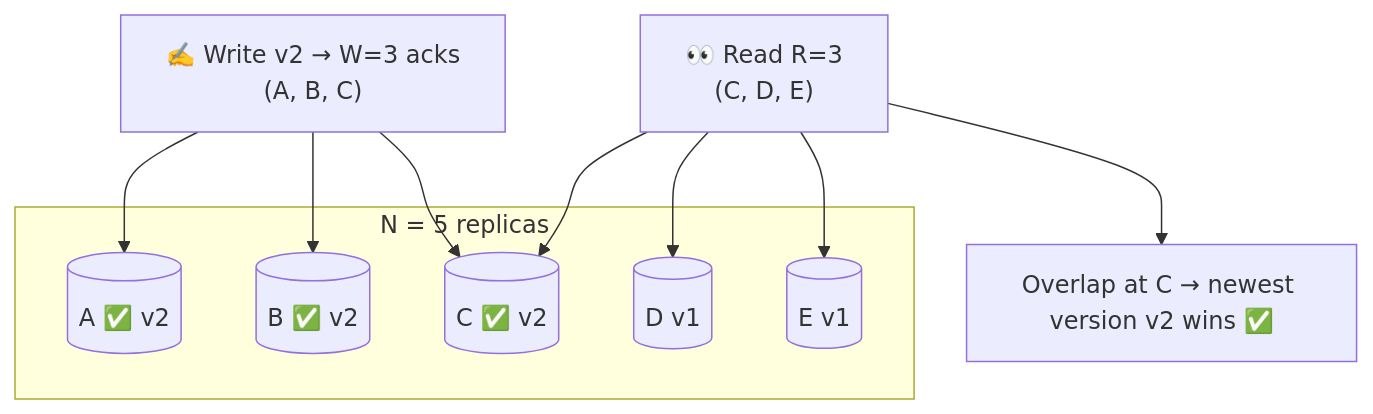
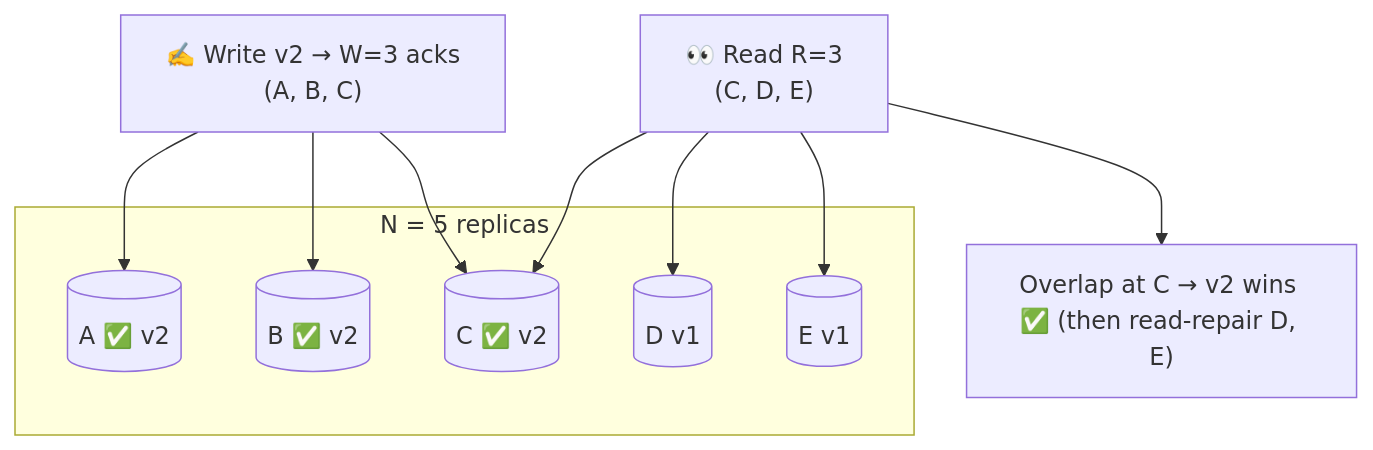
The diagram in phases/06-scaling-data/054-quorums.md (winnyboy5/System-Design-from-Atoms), drawn with Mermaid before and after one commit. The commit also changed other lines of this file and 9 other files, not shown here.

````diff
--- a/phases/06-scaling-data/054-quorums.md
+++ b/phases/06-scaling-data/054-quorums.md
@@ -28,17 +38,17 @@
 ```mermaid
 flowchart TB
     subgraph N5["N = 5 replicas"]
         A[("A ✅ v2")]
         B[("B ✅ v2")]
         C[("C ✅ v2")]
         D[("D v1")]
         E[("E v1")]
     end
     W["✍️ Write v2 → W=3 acks<br/>(A, B, C)"] --> A
     W --> B
     W --> C
     R["👀 Read R=3<br/>(C, D, E)"] --> C
     R --> D
     R --> E
-    R --> O["Overlap at C → newest version v2 wins ✅"]
+    R --> O["Overlap at C → v2 wins ✅ (then read-repair D, E)"]
 ```
````
